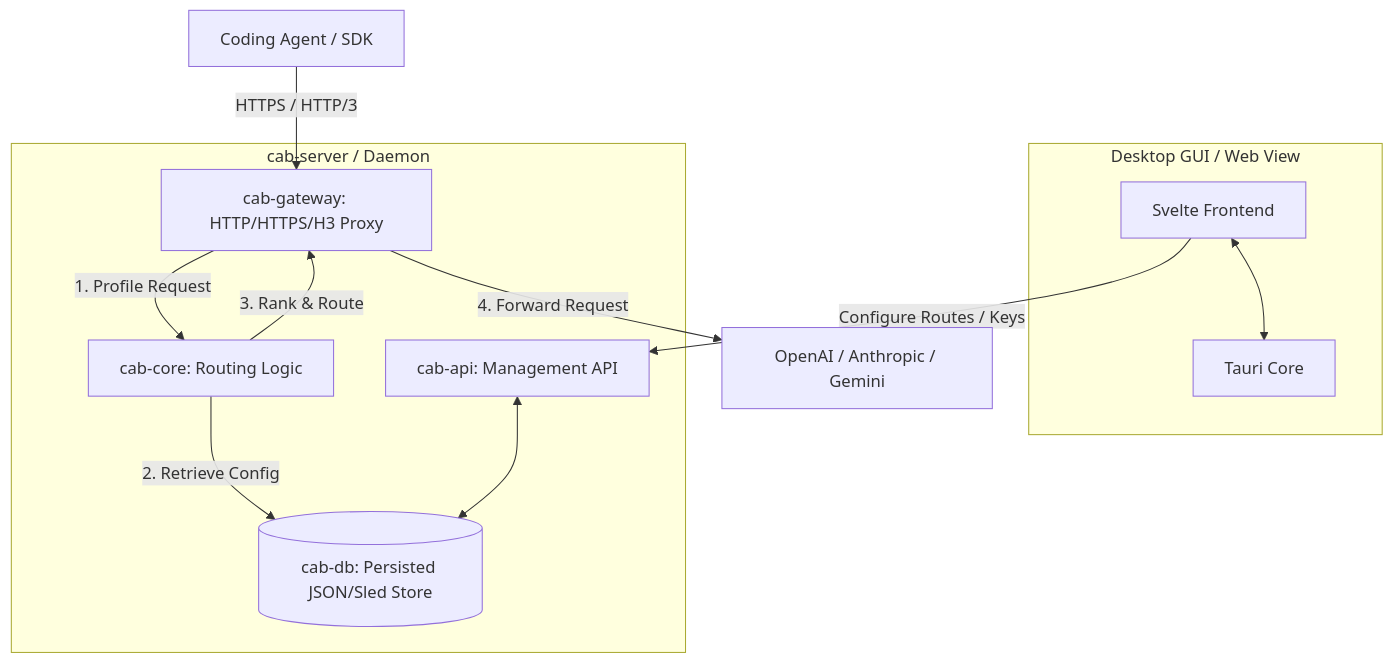
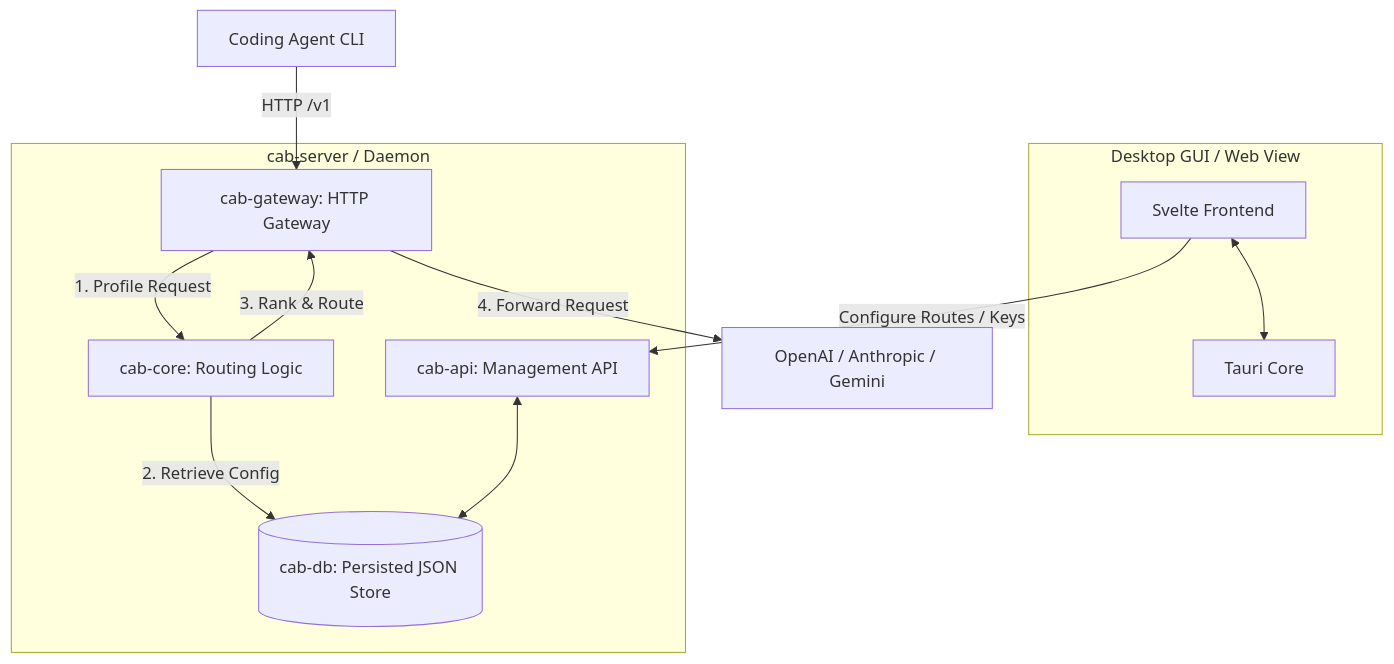
Before and after one commit to xiongdi/cab: the diagram in README.md, drawn with Mermaid. The commit also changed other lines of this file and 93 other files, not shown here.

````diff
--- a/README.md
+++ b/README.md
@@ -24,21 +19,21 @@
 ```mermaid
 graph TD
     subgraph Frontend [Desktop GUI / Web View]
         Svelte[Svelte Frontend] <--> Tauri[Tauri Core]
     end
 
     subgraph Backend [cab-server / Daemon]
         API[cab-api: Management API]
-        Gateway[cab-gateway: HTTP/HTTPS/H3 Proxy]
-        DB[(cab-db: Persisted JSON/Sled Store)]
+        Gateway[cab-gateway: HTTP Gateway]
+        DB[(cab-db: Persisted JSON Store)]
         Core[cab-core: Routing Logic]
     end
 
-    AgentSDK[Coding Agent / SDK] -- "HTTPS / HTTP/3" --> Gateway
+    AgentCLI[Coding Agent CLI] -- "HTTP /v1" --> Gateway
     Gateway -- "1. Profile Request" --> Core
     Core -- "2. Retrieve Config" --> DB
     Core -- "3. Rank & Route" --> Gateway
     Gateway -- "4. Forward Request" --> LLM[OpenAI / Anthropic / Gemini]
     Svelte -- "Configure Routes / Keys" --> API
     API <--> DB
 ```
````
